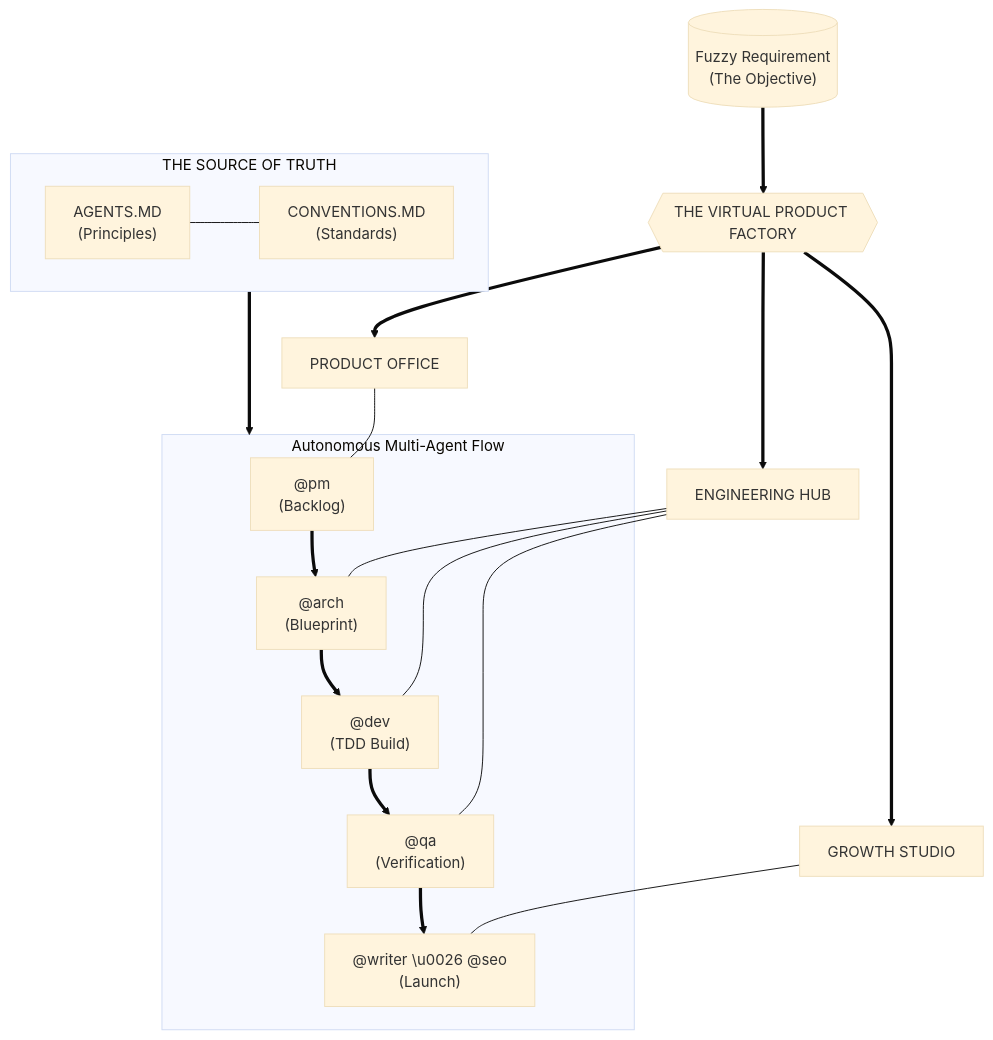
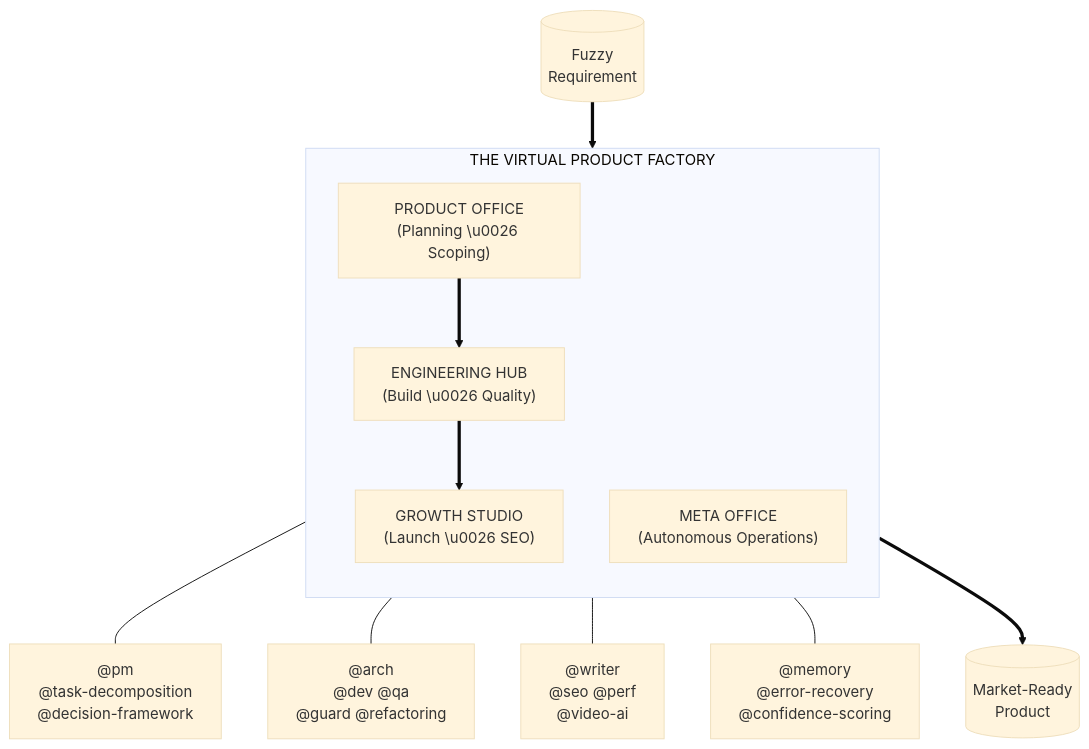
One commit to vshrinath/ai-core-skills changed the diagram in README.md. Above: the diagram before and after it, drawn with Mermaid (base theme). The commit also changed other lines of this file and 2 other files, not shown here.

````diff
--- a/README.md
+++ b/README.md
@@ -13,31 +24,22 @@
 ```mermaid
 graph TD
-    %% Bedrock
-    subgraph FOUNDATION ["THE SOURCE OF TRUTH"]
-        A["AGENTS.MD<br/>(Principles)"] --- B["CONVENTIONS.MD<br/>(Standards)"]
+    subgraph FACTORY ["THE VIRTUAL PRODUCT FACTORY"]
+        direction TB
+        PO["PRODUCT OFFICE<br/>(Planning \u0026 Scoping)"]
+        EH["ENGINEERING HUB<br/>(Build \u0026 Quality)"]
+        GS["GROWTH STUDIO<br/>(Launch \u0026 SEO)"]
+        MO["META OFFICE<br/>(Autonomous Operations)"]
     end
 
-    %% Factory Entrance
-    REQ[("Fuzzy Requirement<br/>(The Objective)")] ==> FACTORY{{"THE VIRTUAL PRODUCT FACTORY"}}
+    %% Skills Mapping
+    PO --- S1["@pm<br/>@task-decomposition<br/>@decision-framework"]
+    EH --- S2["@arch<br/>@dev @qa<br/>@guard @refactoring"]
+    GS --- S3["@writer<br/>@seo @perf<br/>@video-ai"]
+    MO --- S4["@memory<br/>@error-recovery<br/>@confidence-scoring"]
 
-    %% Department Channels
-    FACTORY ==> PM_DEPT["PRODUCT OFFICE"]
-    FACTORY ==> ENG_DEPT["ENGINEERING HUB"]
-    FACTORY ==> GROWTH_DEPT["GROWTH STUDIO"]
-
-    %% The Production Line
-    subgraph Line ["Autonomous Multi-Agent Flow"]
-        PM["@pm<br/>(Backlog)"] ==> ARCH["@arch<br/>(Blueprint)"]
-        ARCH ==> DEV["@dev<br/>(TDD Build)"]
-        DEV ==> QA["@qa<br/>(Verification)"]
-        QA ==> GROWTH["@writer \u0026 @seo<br/>(Launch)"]
-    end
-
-    PM_DEPT --- PM
-    ENG_DEPT --- ARCH
-    ENG_DEPT --- DEV
-    ENG_DEPT --- QA
-    GROWTH_DEPT --- GROWTH
-
-    FOUNDATION ===> Line
+    %% Flow
+    FUZ[("Fuzzy<br/>Requirement")] ==> PO
+    PO ==> EH
+    EH ==> GS
+    GS ==> LAUNCH[("Market-Ready<br/>Product")]
 ```
````
